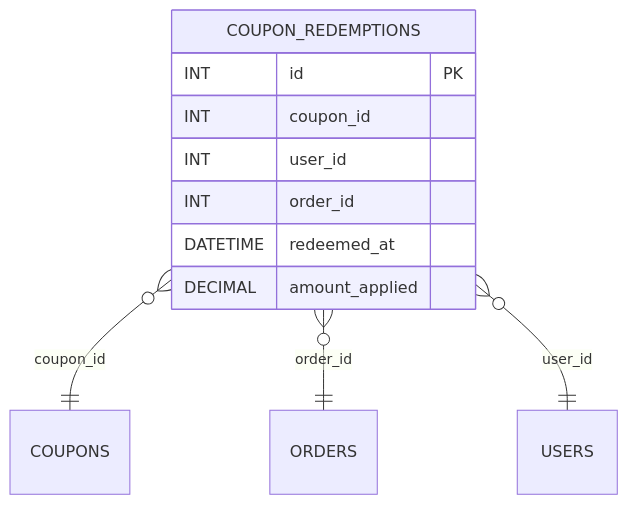
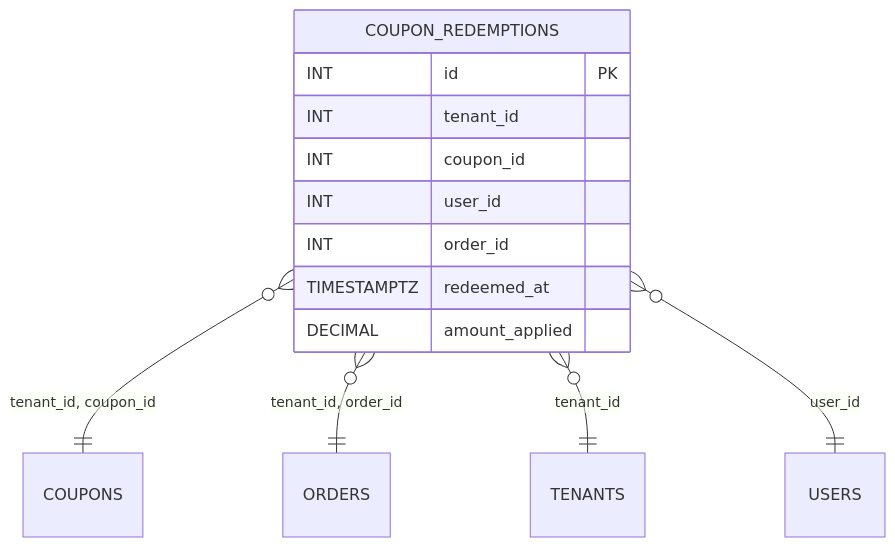
One commit to blackcatdatabase/table-coupon-redemptions changed the diagram in README.md. Above: the diagram before and after it, drawn with Mermaid. The commit also changed other lines of this file and 26 other files, not shown here.

First line of the commit message:
Regen schema (#1)

````diff
--- a/README.md
+++ b/README.md
@@ -54,14 +59,16 @@
 ```mermaid
 erDiagram
   COUPON_REDEMPTIONS {
     INT id PK
+    INT tenant_id
     INT coupon_id
     INT user_id
     INT order_id
-    DATETIME redeemed_at
+    TIMESTAMPTZ redeemed_at
     DECIMAL amount_applied
   }
-  COUPON_REDEMPTIONS }o--|| COUPONS : "coupon_id"
-  COUPON_REDEMPTIONS }o--|| ORDERS : "order_id"
+  COUPON_REDEMPTIONS }o--|| COUPONS : "tenant_id, coupon_id"
+  COUPON_REDEMPTIONS }o--|| ORDERS : "tenant_id, order_id"
+  COUPON_REDEMPTIONS }o--|| TENANTS : "tenant_id"
   COUPON_REDEMPTIONS }o--|| USERS : "user_id"
 ```
````
